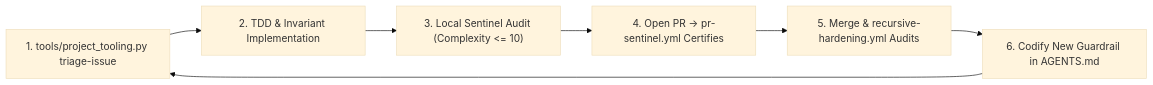
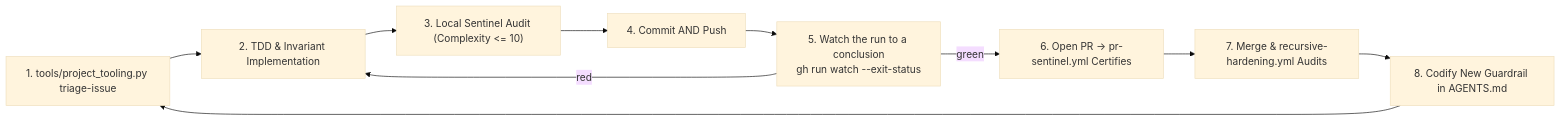
One commit to dan-petty/vibes changed the second of 2 diagrams in AGENTS.md. Above: the diagram before and after it, drawn with Mermaid (base theme). The commit also changed other lines of this file and 1 other file, not shown here.

First line of the commit message:
docs(agents): push in the same pass as the commit, and watch what you pushed

````diff
--- a/AGENTS.md
+++ b/AGENTS.md
@@ -222,9 +222,12 @@
 ```mermaid
 flowchart LR
     Triage["1. tools/project_tooling.py triage-issue"] --> Dev["2. TDD & Invariant Implementation"]
     Dev --> LocalSentinel["3. Local Sentinel Audit (Complexity <= 10)"]
-    LocalSentinel --> PR["4. Open PR -> pr-sentinel.yml Certifies"]
-    PR --> Merge["5. Merge & recursive-hardening.yml Audits"]
-    Merge --> Harden["6. Codify New Guardrail in AGENTS.md"]
+    LocalSentinel --> Push["4. Commit AND Push"]
+    Push --> Watch["5. Watch the run to a conclusion<br/>gh run watch --exit-status"]
+    Watch -->|"red"| Dev
+    Watch -->|"green"| PR["6. Open PR -> pr-sentinel.yml Certifies"]
+    PR --> Merge["7. Merge & recursive-hardening.yml Audits"]
+    Merge --> Harden["8. Codify New Guardrail in AGENTS.md"]
     Harden --> Triage
 ```
````
